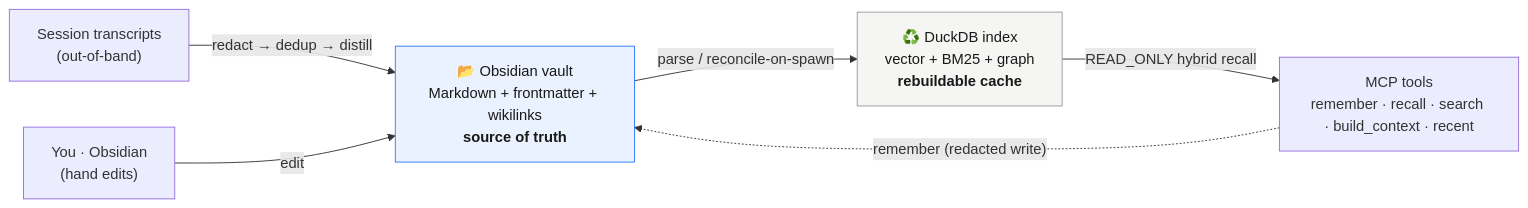
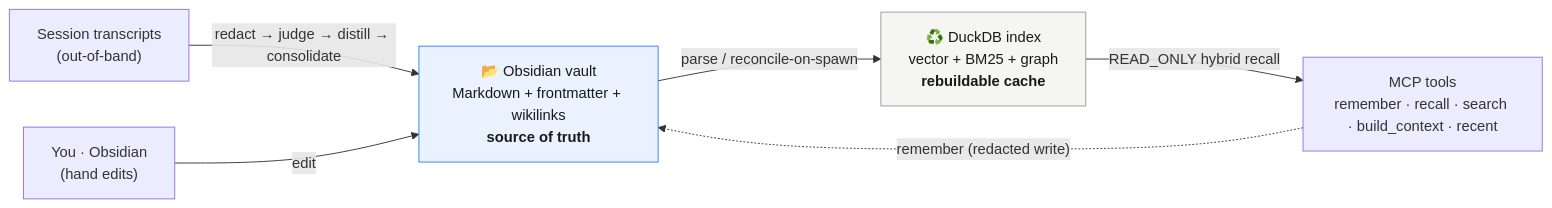
Before and after one commit to ccf/agentcairn: the diagram in README.md, drawn with Mermaid. The commit also changed other lines of this file and 1 other file, not shown here.

Commit message:
docs: refresh CLAUDE.md status/embedder + note ingest consolidation in README
CLAUDE.md said 'Design phase / no implementation code' (now 0.10.1, fully shipped)
and listed bge-small as the default embedder (now nomic 768-d). README's capture
path now mentions ingest-time consolidation (dedup + supersession).

````diff
--- a/README.md
+++ b/README.md
@@ -36,19 +36,19 @@
 ```mermaid
 flowchart LR
     T["Session transcripts<br/>(out-of-band)"]
     H["You · Obsidian<br/>(hand edits)"]
     V["📂 Obsidian vault<br/>Markdown + frontmatter + wikilinks<br/><b>source of truth</b>"]
     I["♻️ DuckDB index<br/>vector + BM25 + graph<br/><b>rebuildable cache</b>"]
     M["MCP tools<br/>remember · recall · search · build_context · recent"]
 
-    T -- "redact → dedup → distill" --> V
+    T -- "redact → judge → distill → consolidate" --> V
     H -- "edit" --> V
     V -- "parse / reconcile-on-spawn" --> I
     I -- "READ_ONLY hybrid recall" --> M
     M -. "remember (redacted write)" .-> V
 
     classDef truth fill:#eaf1ff,stroke:#317cff,color:#191919;
     classDef cache fill:#f5f5f3,stroke:#999999,color:#191919;
     class V truth
     class I cache
 ```
````
